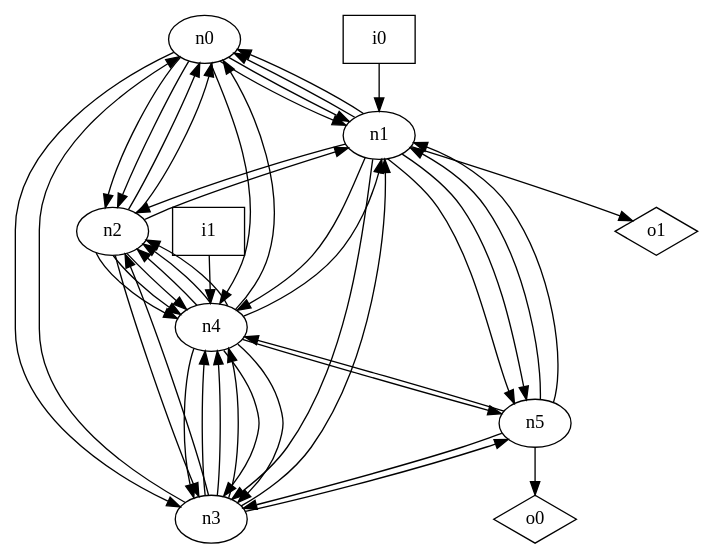
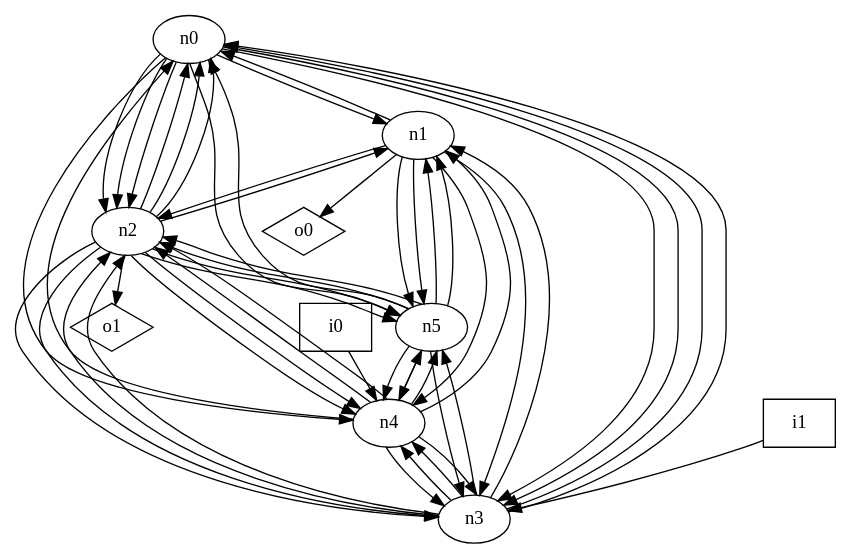
The diagram in dot_files/random/random_undirected_loop_free_graph.dot (p9romain/bool-circuits), drawn with Graphviz before and after one commit. The commit also changed 23 other files, not shown here.

```diff
--- a/dot_files/random/random_undirected_loop_free_graph.dot
+++ b/dot_files/random/random_undirected_loop_free_graph.dot
@@ -1,56 +1,64 @@
 digraph G {
 n0 [label="n0"];
 n1 [label="n1"];
 n2 [label="n2"];
 n3 [label="n3"];
 n4 [label="n4"];
 n5 [label="n5"];
 n6 [label="i0",shape="box"];
 n7 [label="i1",shape="box"];
 n8 [label="o0",shape="diamond"];
 n9 [label="o1",shape="diamond"];
 n0 -> n1
-n0 -> n1
+n0 -> n2
 n0 -> n2
 n0 -> n2
 n0 -> n3
+n0 -> n3
 n0 -> n4
-n1 -> n0
+n0 -> n5
 n1 -> n0
 n1 -> n2
 n1 -> n3
 n1 -> n4
 n1 -> n5
 n1 -> n5
-n1 -> n9
+n1 -> n8
+n2 -> n0
 n2 -> n0
 n2 -> n0
 n2 -> n1
 n2 -> n3
+n2 -> n3
 n2 -> n4
 n2 -> n4
-n2 -> n4
+n2 -> n5
+n2 -> n5
+n2 -> n9
+n3 -> n0
 n3 -> n0
 n3 -> n1
 n3 -> n2
-n3 -> n4
+n3 -> n2
 n3 -> n4
 n3 -> n4
 n3 -> n5
 n4 -> n0
 n4 -> n1
 n4 -> n2
 n4 -> n2
-n4 -> n2
-n4 -> n3
 n4 -> n3
 n4 -> n3
 n4 -> n5
+n4 -> n5
+n5 -> n0
 n5 -> n1
 n5 -> n1
+n5 -> n2
+n5 -> n2
 n5 -> n3
 n5 -> n4
-n5 -> n8
-n6 -> n1
-n7 -> n4
+n5 -> n4
+n6 -> n4
+n7 -> n3
 }
```
